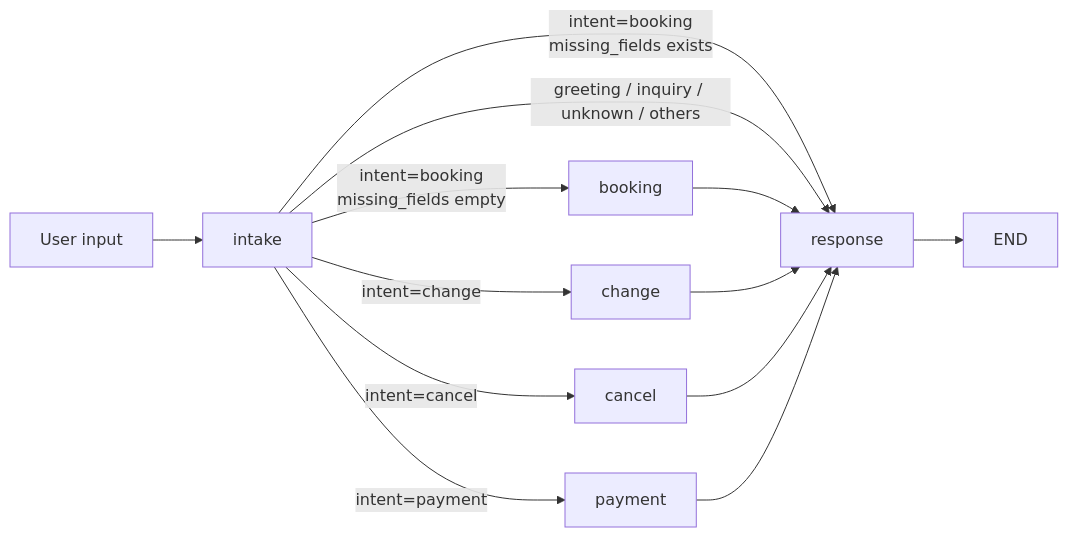
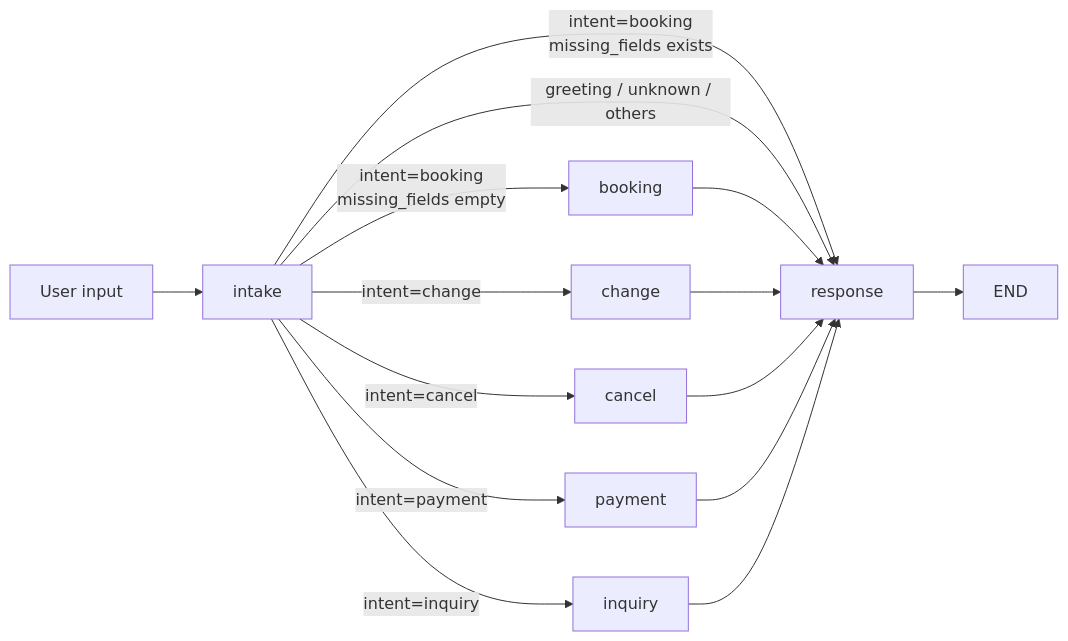
The first of 2 diagrams in docs/langgraph_architecture.md (NailAgent/agent), drawn with Mermaid before and after one commit. The commit also changed other lines of this file, not shown here.

````diff
--- a/docs/langgraph_architecture.md
+++ b/docs/langgraph_architecture.md
@@ -19,17 +19,19 @@
 ```mermaid
 flowchart LR
     U[User input] --> I[intake]
 
     I -->|intent=booking<br/>missing_fields empty| B[booking]
     I -->|intent=booking<br/>missing_fields exists| R[response]
     I -->|intent=change| C[change]
     I -->|intent=cancel| X[cancel]
     I -->|intent=payment| P[payment]
-    I -->|greeting / inquiry / unknown / others| R
+    I -->|intent=inquiry| Q[inquiry]
+    I -->|greeting / unknown / others| R
 
     B --> R
     C --> R
     X --> R
     P --> R
+    Q --> R
     R --> E[END]
 ```
````
